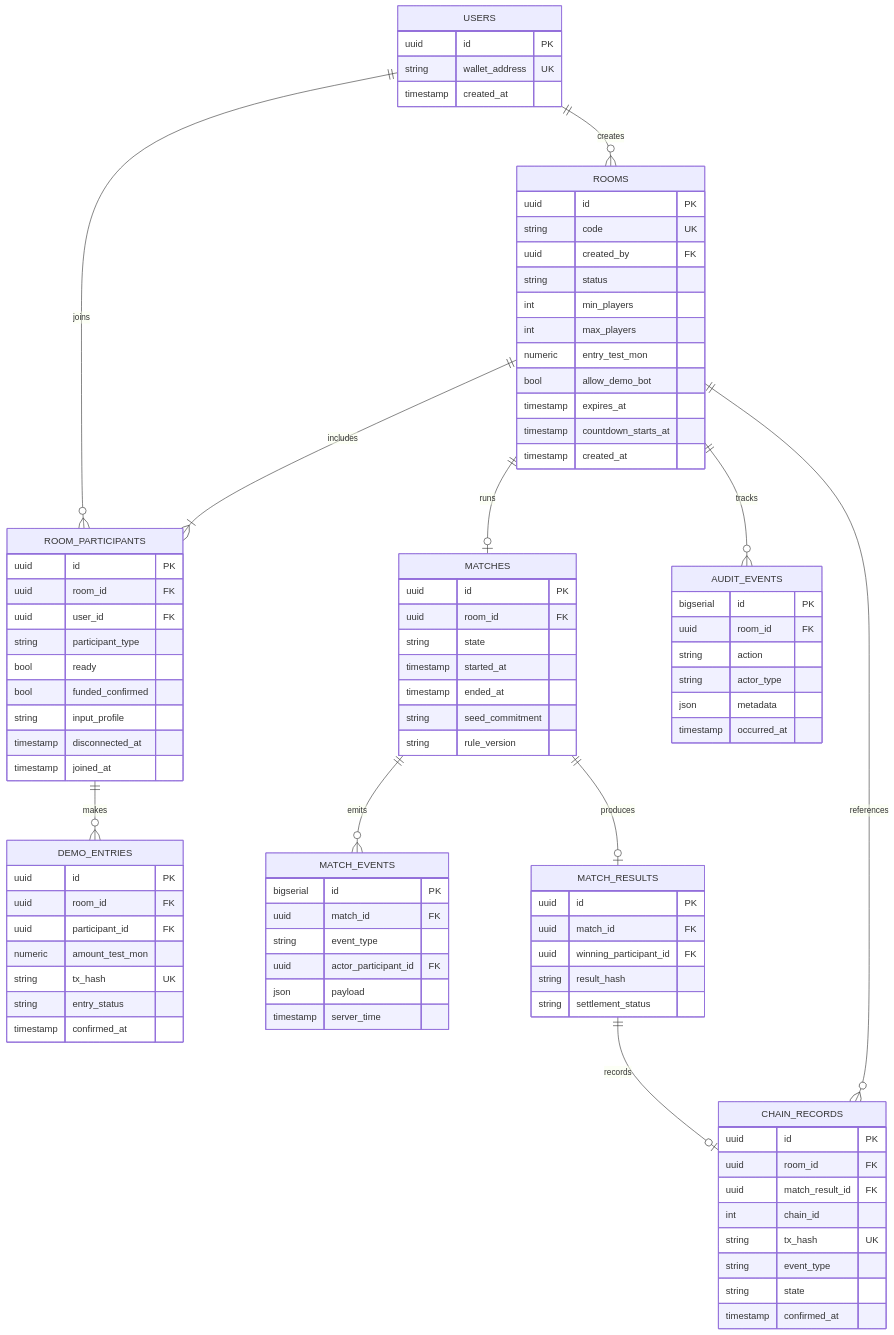
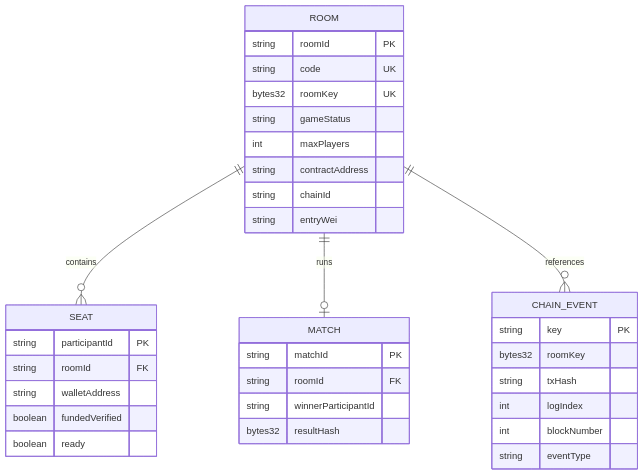
The diagram in bomb-rush-docs/ERD.md (Prasetyant0/Bomb-Rush), drawn with Mermaid before and after one commit. The commit also changed other lines of this file and 22 other files, not shown here.

First line of the commit message:
docs: sync spec pack to v0.5 (testnet pool architecture)

````diff
--- a/bomb-rush-docs/ERD.md
+++ b/bomb-rush-docs/ERD.md
@@ -4,93 +6,37 @@
 ```mermaid
 erDiagram
-  USERS ||--o{ ROOM_PARTICIPANTS : joins
-  USERS ||--o{ ROOMS : creates
-  ROOMS ||--|{ ROOM_PARTICIPANTS : includes
-  ROOMS ||--o| MATCHES : runs
-  ROOM_PARTICIPANTS ||--o{ DEMO_ENTRIES : makes
-  MATCHES ||--o{ MATCH_EVENTS : emits
-  MATCHES ||--o| MATCH_RESULTS : produces
-  MATCH_RESULTS ||--o| CHAIN_RECORDS : records
-  ROOMS ||--o{ CHAIN_RECORDS : references
-  ROOMS ||--o{ AUDIT_EVENTS : tracks
-  USERS {
-    uuid id PK
-    string wallet_address UK
-    timestamp created_at
+  ROOM ||--o{ SEAT : contains
+  ROOM ||--o| MATCH : runs
+  ROOM ||--o{ CHAIN_EVENT : references
+  ROOM {
+    string roomId PK
+    string code UK
+    bytes32 roomKey UK
+    string gameStatus
+    int maxPlayers
+    string contractAddress
+    string chainId
+    string entryWei
   }
-  ROOMS {
-    uuid id PK
-    string code UK
-    uuid created_by FK
-    string status
-    int min_players
-    int max_players
-    numeric entry_test_mon
-    bool allow_demo_bot
-    timestamp expires_at
-    timestamp countdown_starts_at
-    timestamp created_at
+  SEAT {
+    string participantId PK
+    string roomId FK
+    string walletAddress
+    boolean fundedVerified
+    boolean ready
   }
-  ROOM_PARTICIPANTS {
-    uuid id PK
-    uuid room_id FK
-    uuid user_id FK
-    string participant_type
-    bool ready
-    bool funded_confirmed
-    string input_profile
-    timestamp disconnected_at
-    timestamp joined_at
+  MATCH {
+    string matchId PK
+    string roomId FK
+    string winnerParticipantId
+    bytes32 resultHash
   }
-  DEMO_ENTRIES {
-    uuid id PK
-    uuid room_id FK
-    uuid participant_id FK
-    numeric amount_test_mon
-    string tx_hash UK
-    string entry_status
-    timestamp confirmed_at
-  }
-  MATCHES {
-    uuid id PK
-    uuid room_id FK
-    string state
-    timestamp started_at
-    timestamp ended_at
-    string seed_commitment
-    string rule_version
-  }
-  MATCH_EVENTS {
-    bigserial id PK
-    uuid match_id FK
-    string event_type
-    uuid actor_participant_id FK
-    json payload
-    timestamp server_time
-  }
-  MATCH_RESULTS {
-    uuid id PK
-    uuid match_id FK
-    uuid winning_participant_id FK
-    string result_hash
-    string settlement_status
-  }
-  CHAIN_RECORDS {
-    uuid id PK
-    uuid room_id FK
-    uuid match_result_id FK
-    int chain_id
-    string tx_hash UK
-    string event_type
-    string state
-    timestamp confirmed_at
-  }
-  AUDIT_EVENTS {
-    bigserial id PK
-    uuid room_id FK
-    string action
-    string actor_type
-    json metadata
-    timestamp occurred_at
+  CHAIN_EVENT {
+    string key PK
+    bytes32 roomKey
+    string txHash
+    int logIndex
+    int blockNumber
+    string eventType
   }
 ```
````
